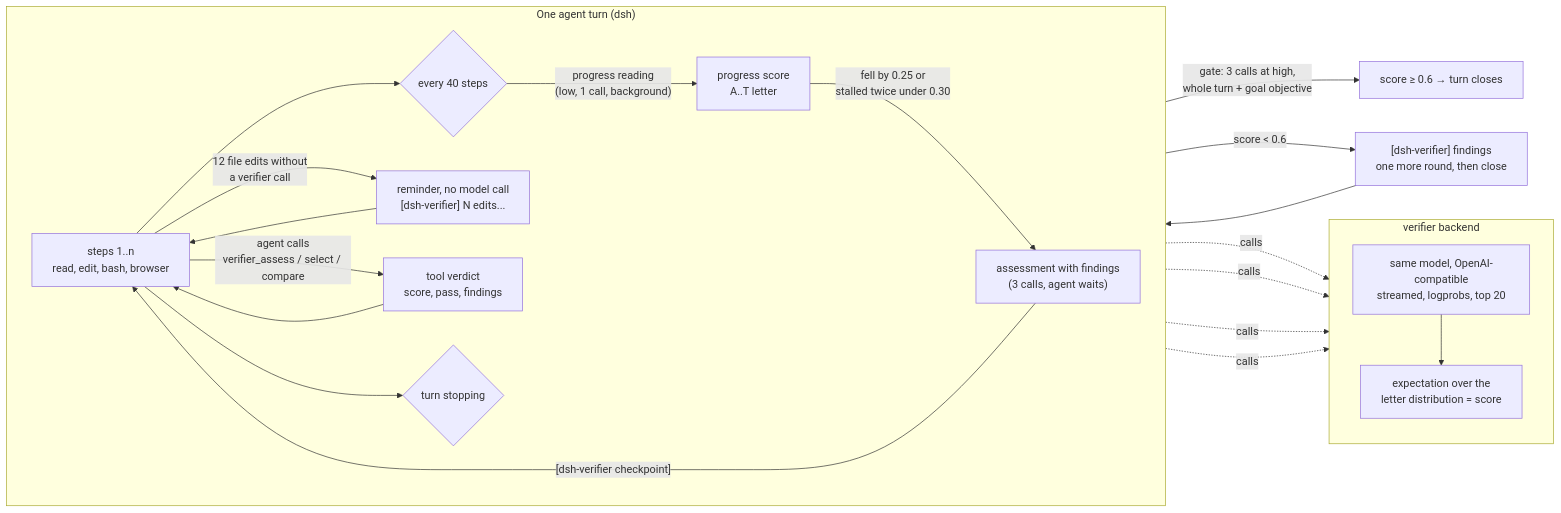
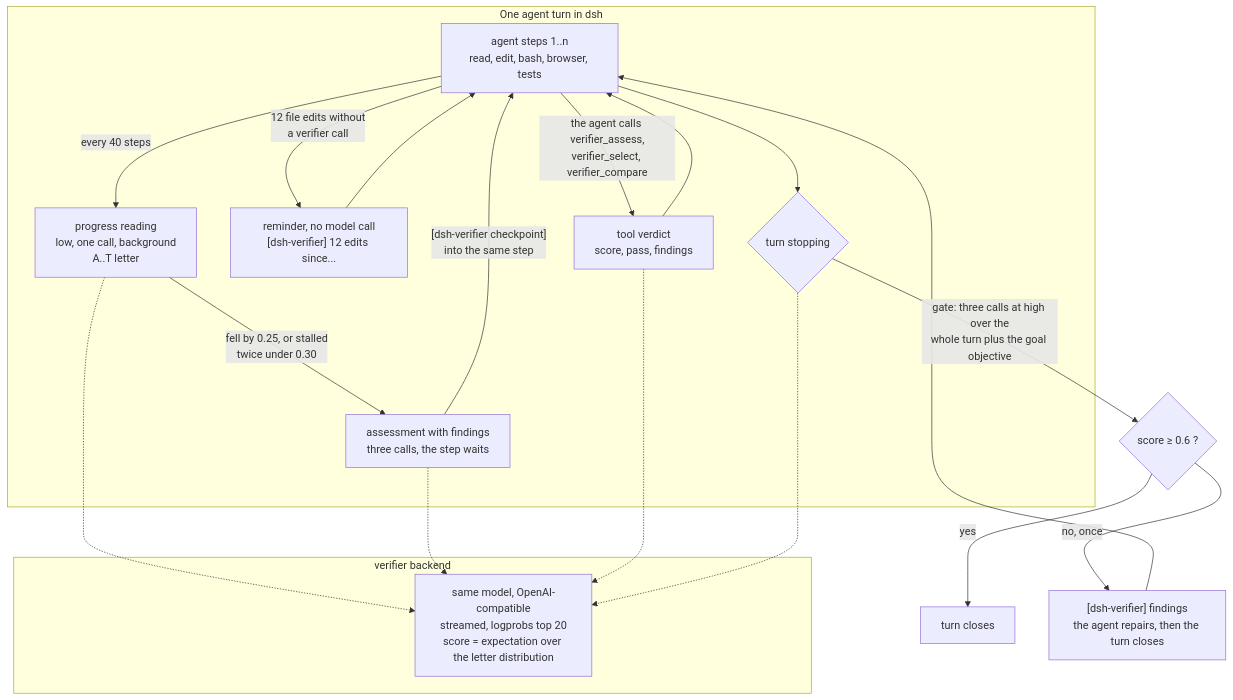
One commit to DevRico003/dsh-verifier changed the first of 2 diagrams in README.md. Above: the diagram before and after it, drawn with Mermaid.

Commit message:
README: plugin diagram top-down for readability

````diff
--- a/README.md
+++ b/README.md
@@ -11,28 +11,25 @@
 ```mermaid
-flowchart LR
-    subgraph turn["One agent turn (dsh)"]
-        direction LR
-        S1["steps 1..n<br/>read, edit, bash, browser"] --> S40{"every 40 steps"}
-        S40 -->|"progress reading<br/>(low, 1 call, background)"| P["progress score<br/>A..T letter"]
-        P -->|"fell by 0.25 or<br/>stalled twice under 0.30"| A["assessment with findings<br/>(3 calls, agent waits)"]
-        A -->|"[dsh-verifier checkpoint]"| S1
-        S1 -->|"12 file edits without<br/>a verifier call"| D["reminder, no model call<br/>[dsh-verifier] N edits..."]
-        D --> S1
-        S1 -->|"agent calls<br/>verifier_assess / select / compare"| T["tool verdict<br/>score, pass, findings"]
-        T --> S1
-        S1 --> E{"turn stopping"}
+flowchart TD
+    subgraph turn["One agent turn in dsh"]
+        S["agent steps 1..n<br/>read, edit, bash, browser, tests"]
+        S -->|"every 40 steps"| P["progress reading<br/>low, one call, background<br/>A..T letter"]
+        P -->|"fell by 0.25, or stalled<br/>twice under 0.30"| A["assessment with findings<br/>three calls, the step waits"]
+        A -->|"[dsh-verifier checkpoint]<br/>into the same step"| S
+        S -->|"12 file edits without<br/>a verifier call"| D["reminder, no model call<br/>[dsh-verifier] 12 edits since..."]
+        D --> S
+        S -->|"the agent calls verifier_assess,<br/>verifier_select, verifier_compare"| T["tool verdict<br/>score, pass, findings"]
+        T --> S
+        S --> E{"turn stopping"}
     end
-    E -->|"gate: 3 calls at high,<br/>whole turn + goal objective"| G["score ≥ 0.6 → turn closes"]
-    E -->|"score < 0.6"| R["[dsh-verifier] findings<br/>one more round, then close"]
-    R --> S1
+    E -->|"gate: three calls at high over the<br/>whole turn plus the goal objective"| G{"score ≥ 0.6 ?"}
+    G -->|"yes"| C["turn closes"]
+    G -->|"no, once"| R["[dsh-verifier] findings<br/>the agent repairs, then the turn closes"]
+    R --> S
     subgraph backend["verifier backend"]
-        direction TB
-        V["same model, OpenAI-compatible<br/>streamed, logprobs, top 20"]
-        X["expectation over the<br/>letter distribution = score"]
-        V --> X
+        V["same model, OpenAI-compatible<br/>streamed, logprobs top 20<br/>score = expectation over the letter distribution"]
     end
-    A -. calls .-> V
-    P -. calls .-> V
-    T -. calls .-> V
-    E -. calls .-> V
+    P -.-> V
+    A -.-> V
+    T -.-> V
+    E -.-> V
 ```
````
